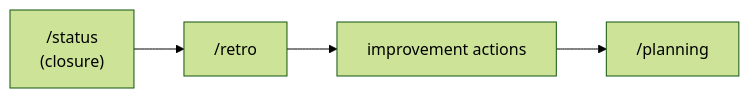
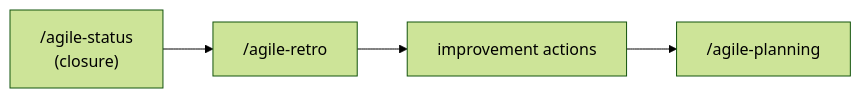
Before and after one commit to djalmajr/essential-skills: the diagram in skills/agile-retro/SKILL.md, drawn with Mermaid (forest theme). The commit also changed other lines of this file and 16 other files, not shown here.

````diff
--- a/skills/agile-retro/SKILL.md
+++ b/skills/agile-retro/SKILL.md
@@ -116,6 +116,6 @@
 ```mermaid
 flowchart LR
-    A["/status<br>(closure)"] --> B["/retro"]
+    A["/agile-status<br>(closure)"] --> B["/agile-retro"]
     B --> C[improvement actions]
-    C --> D["/planning"]
+    C --> D["/agile-planning"]
 ```
````
